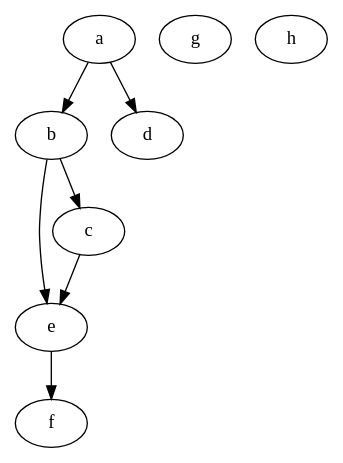
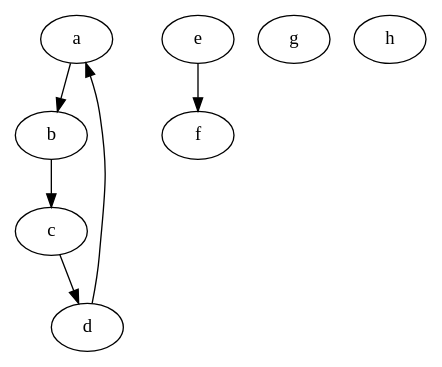
One commit to yuktasarode/DOT_Manipulator changed the diagram in src/main/outGraph.DOT. Above: the diagram before and after it, drawn with Graphviz. The commit also changed 3 other files, not shown here.

```diff
--- a/src/main/outGraph.DOT
+++ b/src/main/outGraph.DOT
@@ -1,16 +1,15 @@
 strict digraph G {
   a;
   b;
+  c;
   d;
+  f;
   e;
-  c;
-  f;
   g;
   h;
   a -> b;
-  a -> d;
-  b -> e;
   b -> c;
-  c -> e;
+  c -> d;
+  d -> a;
   e -> f;
 }
```
